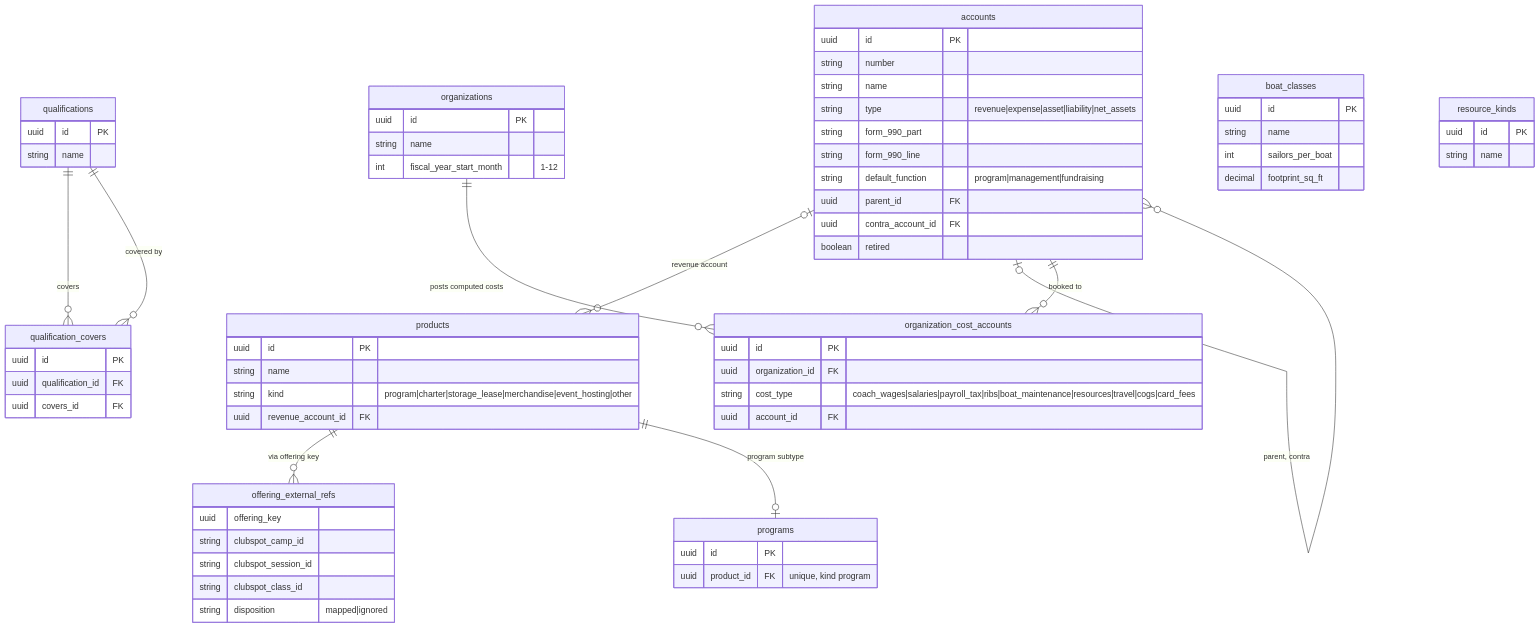
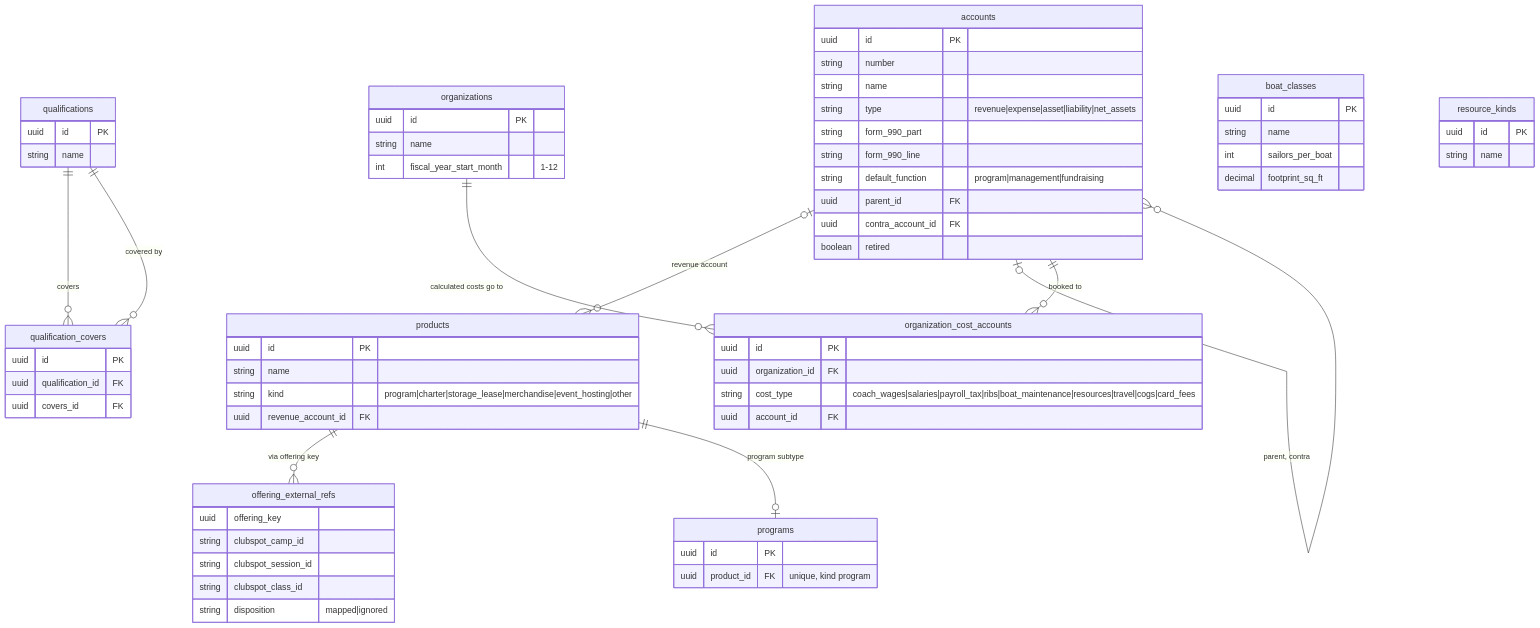
The first of 5 diagrams in docs/planning-schema.md (cyc-seattle/platform), drawn with Mermaid before and after one commit. The commit also changed other lines of this file and 14 other files, not shown here.

Commit message:
docs: plain-English pass on the planning engine and schema docs

````diff
--- a/docs/planning-schema.md
+++ b/docs/planning-schema.md
@@ -37,71 +37,71 @@
 ```mermaid
 erDiagram
     products ||--o{ offering_external_refs : "via offering key"
     accounts |o--o{ products : "revenue account"
     qualifications ||--o{ qualification_covers : covers
     qualifications ||--o{ qualification_covers : "covered by"
     accounts |o--o{ accounts : "parent, contra"
     products ||--o| programs : "program subtype"
-    organizations ||--o{ organization_cost_accounts : "posts computed costs"
+    organizations ||--o{ organization_cost_accounts : "calculated costs go to"
     accounts ||--o{ organization_cost_accounts : "booked to"
 
     products {
         uuid id PK
         string name
         string kind "program|charter|storage_lease|merchandise|event_hosting|other"
         uuid revenue_account_id FK
     }
     accounts {
         uuid id PK
         string number
         string name
         string type "revenue|expense|asset|liability|net_assets"
         string form_990_part
         string form_990_line
         string default_function "program|management|fundraising"
         uuid parent_id FK
         uuid contra_account_id FK
         boolean retired
     }
     qualifications {
         uuid id PK
         string name
     }
     programs {
         uuid id PK
         uuid product_id FK "unique, kind program"
     }
     organizations {
         uuid id PK
         string name
         int fiscal_year_start_month "1-12"
     }
     qualification_covers {
         uuid id PK
         uuid qualification_id FK
         uuid covers_id FK
     }
     boat_classes {
         uuid id PK
         string name
         int sailors_per_boat
         decimal footprint_sq_ft
     }
     resource_kinds {
         uuid id PK
         string name
     }
     organization_cost_accounts {
         uuid id PK
         uuid organization_id FK
         string cost_type "coach_wages|salaries|payroll_tax|ribs|boat_maintenance|resources|travel|cogs|card_fees"
         uuid account_id FK
     }
     offering_external_refs {
         uuid offering_key
         string clubspot_camp_id
         string clubspot_session_id
         string clubspot_class_id
         string disposition "mapped|ignored"
     }
 ```
````
